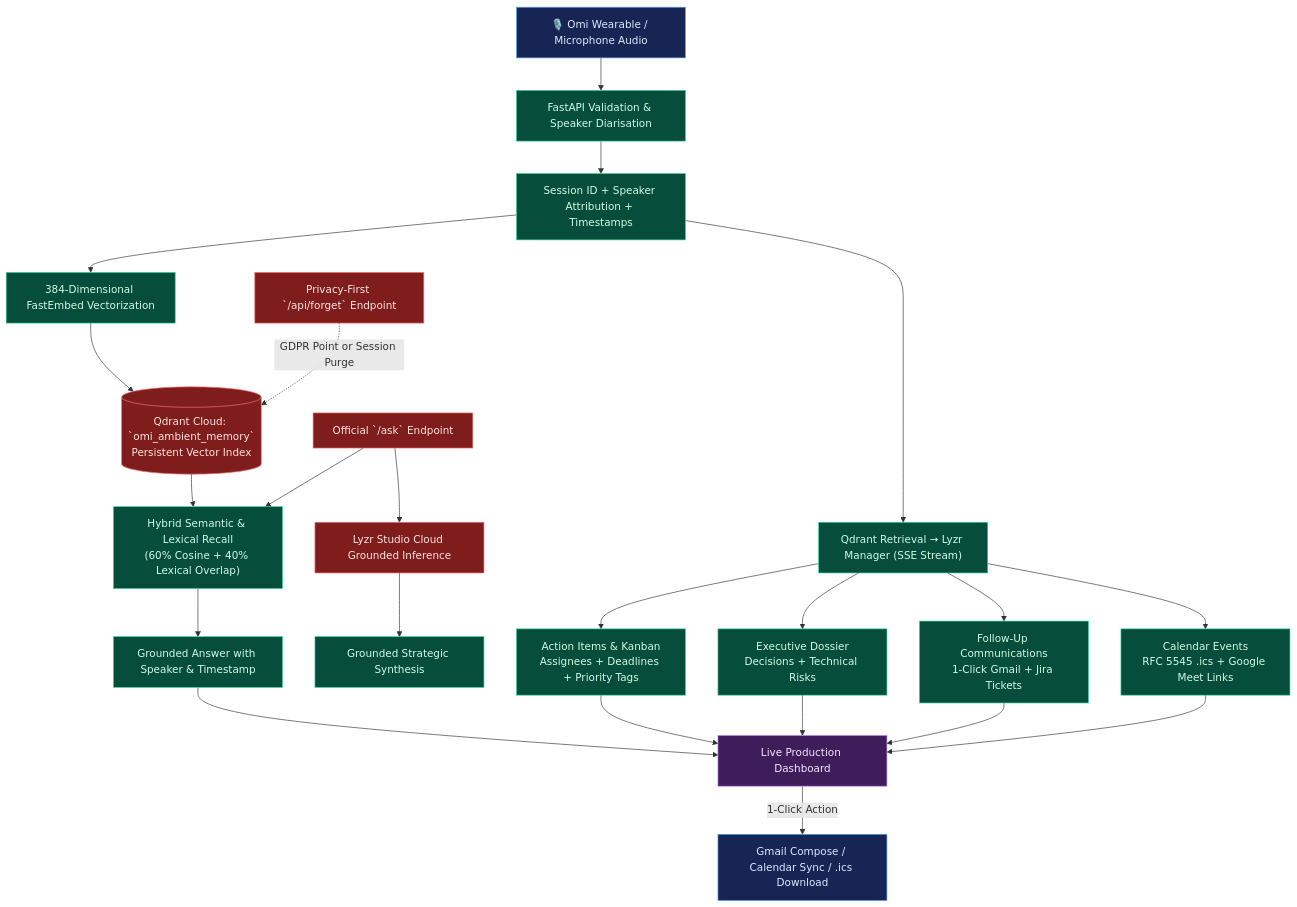
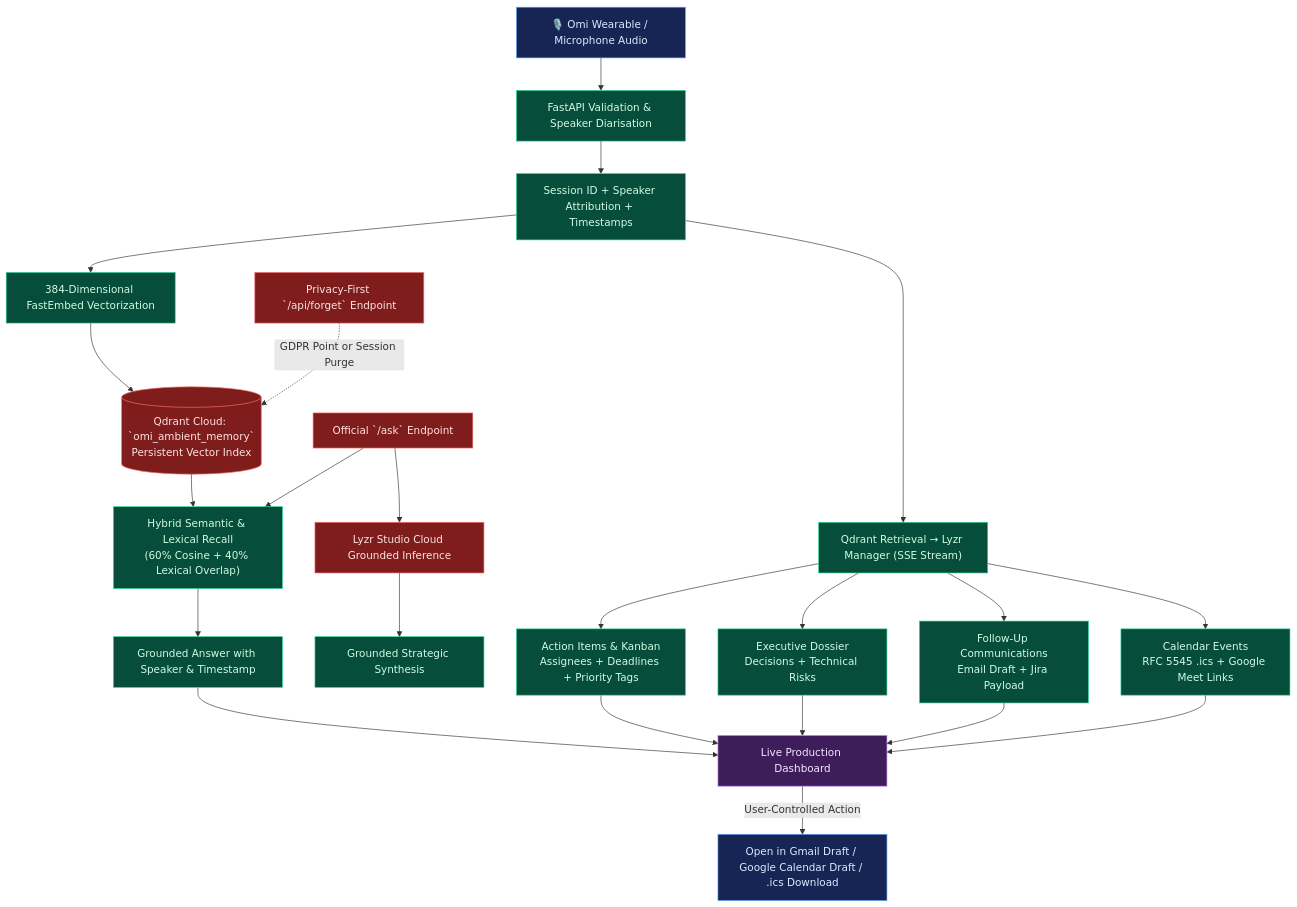
One commit to masood-mashu/omimind-agent changed the diagram in docs/DATA_FLOW.md. Above: the diagram before and after it, drawn with Mermaid. The commit also changed 24 other files, not shown here.

````diff
--- a/docs/DATA_FLOW.md
+++ b/docs/DATA_FLOW.md
@@ -5,38 +5,38 @@
 ```mermaid
 flowchart TD
     Capture["🎙️ Omi Wearable / Microphone Audio"] --> Normalize["FastAPI Validation & Speaker Diarisation"]
     Normalize --> Session["Session ID + Speaker Attribution + Timestamps"]
     Session --> Embed["384-Dimensional FastEmbed Vectorization"]
     Embed --> Store[("Qdrant Cloud: `omi_ambient_memory`<br/>Persistent Vector Index")]
 
     Session --> Pipeline["Qdrant Retrieval → Lyzr Manager (SSE Stream)"]
     Pipeline --> Extract["Action Items & Kanban<br/>Assignees + Deadlines + Priority Tags"]
     Pipeline --> Brief["Executive Dossier<br/>Decisions + Technical Risks"]
-    Pipeline --> Dispatch["Follow-Up Communications<br/>1-Click Gmail + Jira Tickets"]
+    Pipeline --> Dispatch["Follow-Up Communications<br/>Email Draft + Jira Payload"]
     Pipeline --> Schedule["Calendar Events<br/>RFC 5545 .ics + Google Meet Links"]
 
     Store --> Search["Hybrid Semantic & Lexical Recall<br/>(60% Cosine + 40% Lexical Overlap)"]
     Search --> Answer["Grounded Answer with Speaker & Timestamp"]
     Answer --> Dashboard["Live Production Dashboard"]
 
     Extract --> Dashboard
     Brief --> Dashboard
     Dispatch --> Dashboard
     Schedule --> Dashboard
 
-    Dashboard -->|1-Click Action| External["Gmail Compose / Calendar Sync / .ics Download"]
+    Dashboard -->|User-Controlled Action| External["Open in Gmail Draft / Google Calendar Draft / .ics Download"]
 
     Delete["Privacy-First `/api/forget` Endpoint"] -.->|GDPR Point or Session Purge| Store
     Ask["Official `/ask` Endpoint"] --> Search
     Ask --> Lyzr["Lyzr Studio Cloud Grounded Inference"]
     Lyzr --> OutputAnswer["Grounded Strategic Synthesis"]
 
     classDef input fill:#172554,stroke:#60a5fa,color:#dbeafe;
     classDef process fill:#064e3b,stroke:#34d399,color:#d1fae5;
     classDef sensitive fill:#7f1d1d,stroke:#f87171,color:#fee2e2;
     classDef output fill:#3f1d5b,stroke:#c084fc,color:#f3e8ff;
     class Capture,External input;
     class Normalize,Session,Embed,Pipeline,Extract,Brief,Dispatch,Schedule,Search,Answer,OutputAnswer process;
     class Store,Delete,Ask,Lyzr sensitive;
     class Dashboard output;
 ```
````
